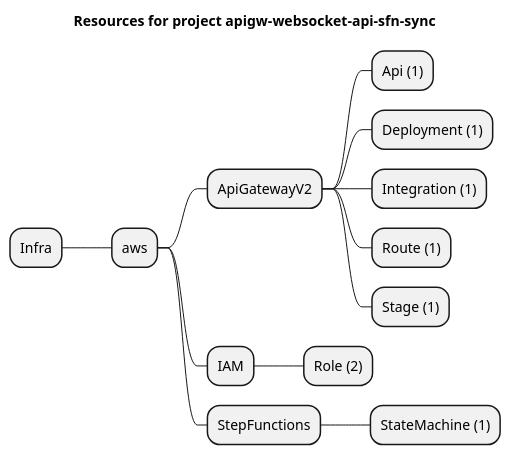
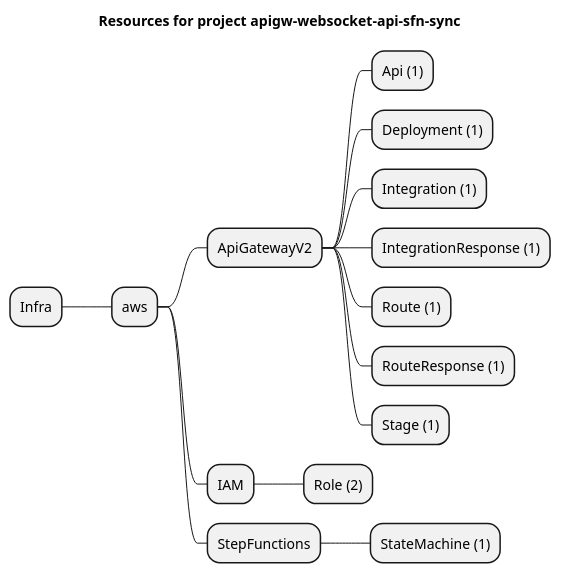
Before and after one commit to grucloud/grucloud: the diagram in examples/aws/ApiGatewayV2/apigw-websocket-api-sfn-sync/artifacts/resources-mindmap.puml, drawn with PlantUML. The commit also changed 123 other files, not shown here.

```diff
--- a/examples/aws/ApiGatewayV2/apigw-websocket-api-sfn-sync/artifacts/resources-mindmap.puml
+++ b/examples/aws/ApiGatewayV2/apigw-websocket-api-sfn-sync/artifacts/resources-mindmap.puml
@@ -1,16 +1,18 @@
 @startmindmap
 title Resources for project apigw-websocket-api-sfn-sync
 skinparam monochrome true
 + Infra
 ++ aws
 +++ ApiGatewayV2
 ++++ Api (1)
 ++++ Deployment (1)
 ++++ Integration (1)
+++++ IntegrationResponse (1)
 ++++ Route (1)
+++++ RouteResponse (1)
 ++++ Stage (1)
 +++ IAM
 ++++ Role (2)
 +++ StepFunctions
 ++++ StateMachine (1)
 @endmindmap
```
